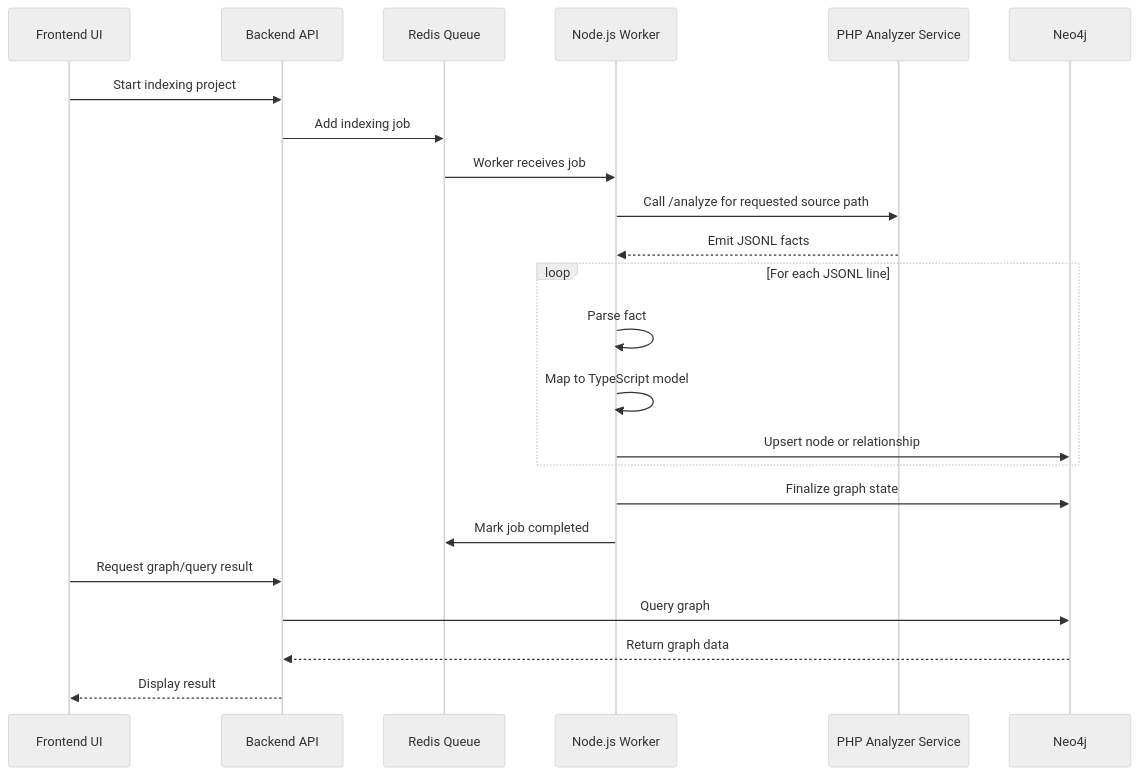
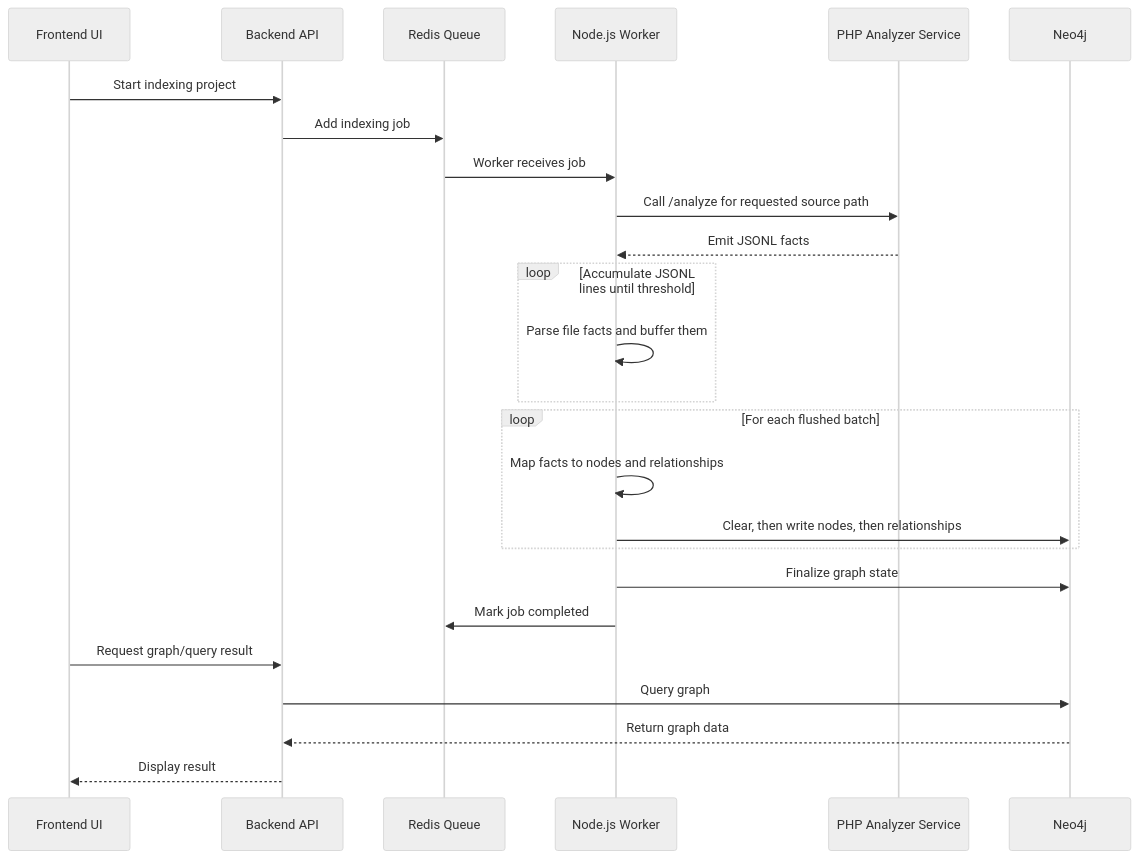
Before and after one commit to DavidBelicza/Magento-MCP-Server: the third of 5 diagrams in docs/architecture_world_mapping.md, drawn with Mermaid (neutral theme). The commit also changed other lines of this file and 12 other files, not shown here.

````diff
--- a/docs/architecture_world_mapping.md
+++ b/docs/architecture_world_mapping.md
@@ -71,29 +71,31 @@
 ```mermaid
 sequenceDiagram
     participant UI as Frontend UI
     participant API as Backend API
     participant Queue as Redis Queue
     participant Worker as Node.js Worker
     participant PHP as PHP Analyzer Service
     participant DB as Neo4j
 
     UI->>API: Start indexing project
     API->>Queue: Add indexing job
     Queue->>Worker: Worker receives job
 
     Worker->>PHP: Call /analyze for requested source path
     PHP-->>Worker: Emit JSONL facts
 
-    loop For each JSONL line
-        Worker->>Worker: Parse fact
-        Worker->>Worker: Map to TypeScript model
-        Worker->>DB: Upsert node or relationship
+    loop Accumulate JSONL lines until threshold
+        Worker->>Worker: Parse file facts and buffer them
+    end
+    loop For each flushed batch
+        Worker->>Worker: Map facts to nodes and relationships
+        Worker->>DB: Clear, then write nodes, then relationships
     end
 
     Worker->>DB: Finalize graph state
     Worker->>Queue: Mark job completed
     UI->>API: Request graph/query result
     API->>DB: Query graph
     DB-->>API: Return graph data
     API-->>UI: Display result
 ```
````
